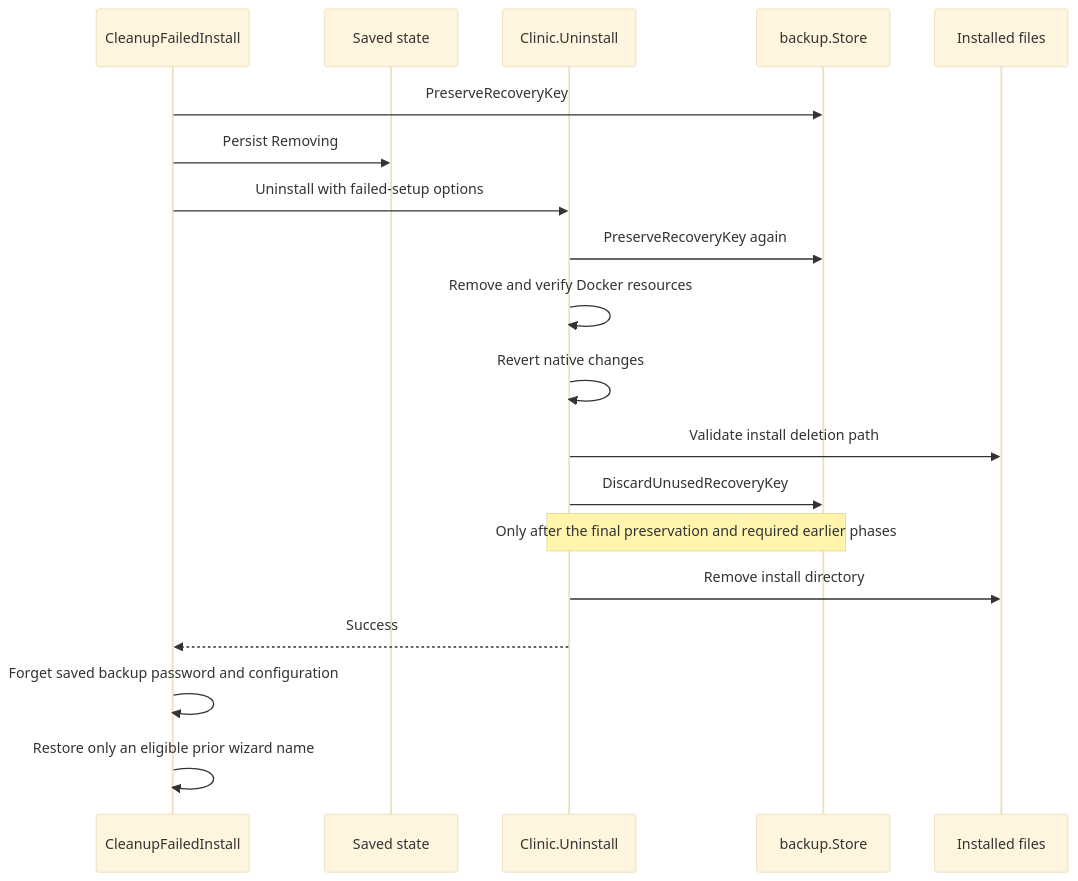
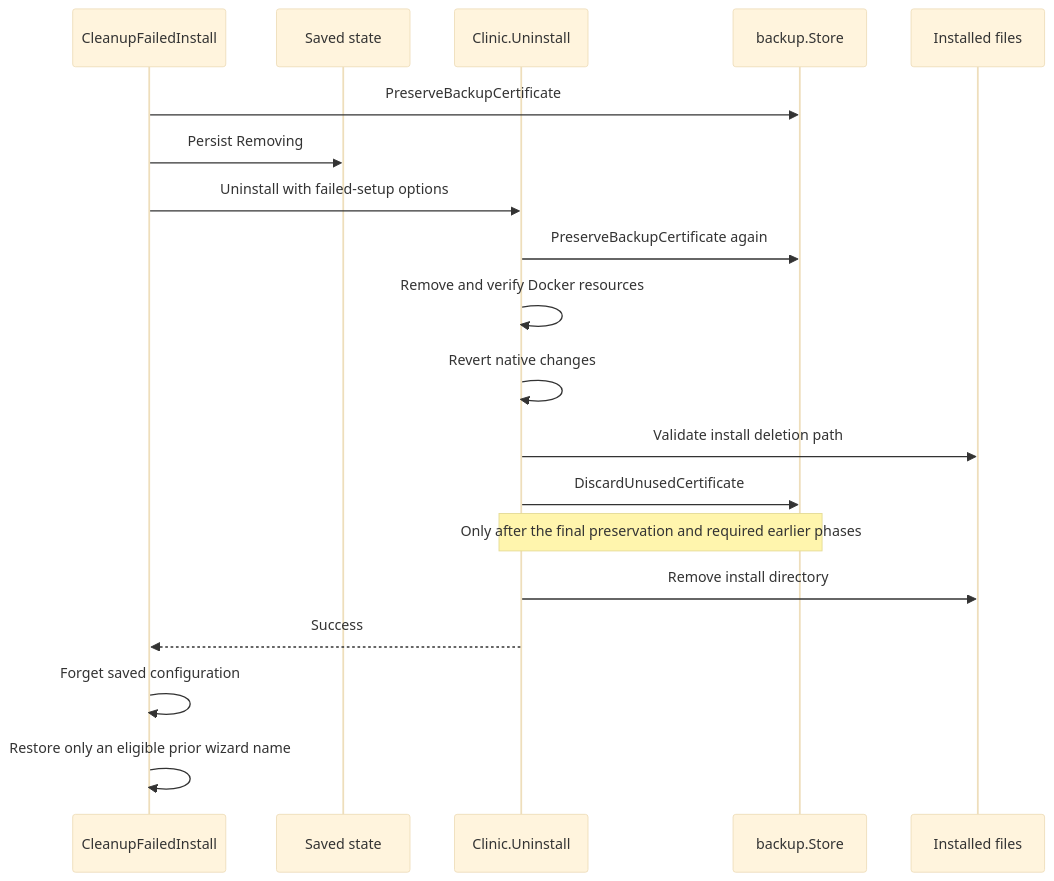
One commit to ohcnetwork/care_clinic changed the fourth of 4 diagrams in docs/cleanup-and-uninstall.md. Above: the diagram before and after it, drawn with Mermaid (base theme). The commit also changed other lines of this file and 75 other files, not shown here.

````diff
--- a/docs/cleanup-and-uninstall.md
+++ b/docs/cleanup-and-uninstall.md
@@ -554,21 +552,21 @@
 ```mermaid
 sequenceDiagram
     participant App as CleanupFailedInstall
     participant Config as Saved state
     participant Engine as Clinic.Uninstall
     participant Backup as backup.Store
     participant Files as Installed files
-    App->>Backup: PreserveRecoveryKey
+    App->>Backup: PreserveBackupCertificate
     App->>Config: Persist Removing
     App->>Engine: Uninstall with failed-setup options
-    Engine->>Backup: PreserveRecoveryKey again
+    Engine->>Backup: PreserveBackupCertificate again
     Engine->>Engine: Remove and verify Docker resources
     Engine->>Engine: Revert native changes
     Engine->>Files: Validate install deletion path
-    Engine->>Backup: DiscardUnusedRecoveryKey
+    Engine->>Backup: DiscardUnusedCertificate
     Note over Engine,Backup: Only after the final preservation and required earlier phases
     Engine->>Files: Remove install directory
     Engine-->>App: Success
-    App->>App: Forget saved backup password and configuration
+    App->>App: Forget saved configuration
     App->>App: Restore only an eligible prior wizard name
 ```
````
